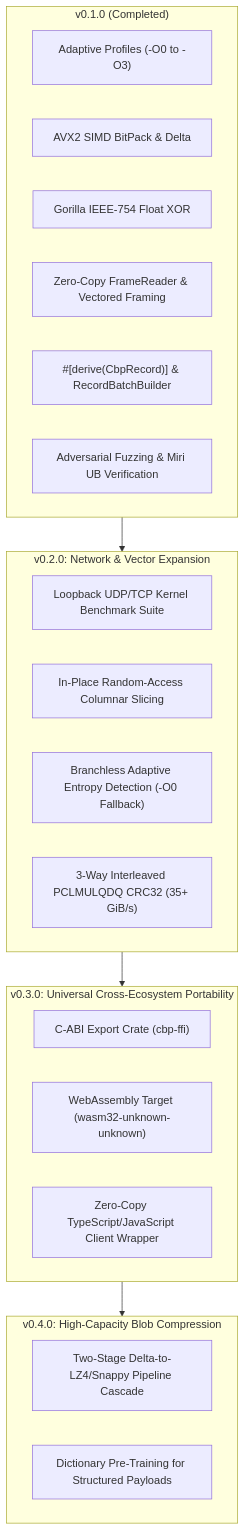
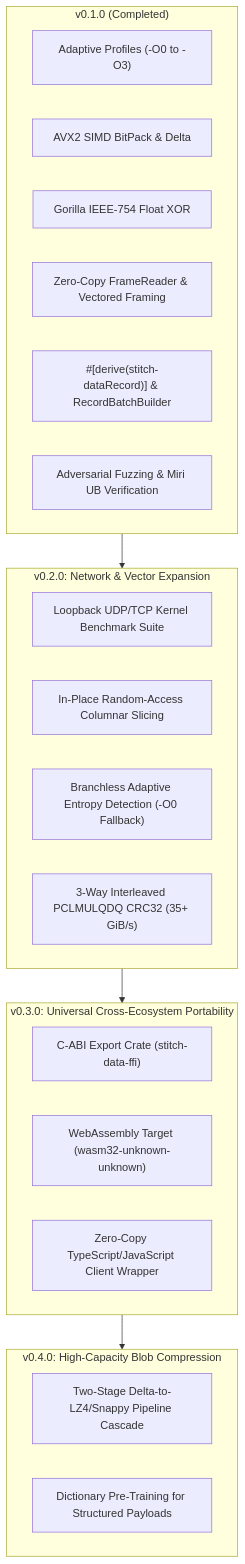
Before and after one commit to stitch-rs/stitch-data: the diagram in ROADMAP.md, drawn with Mermaid. The commit also changed other lines of this file and 74 other files, not shown here.

Commit message:
refactor(data): rebrand cbp to stitch-data and align macro attributes to stitch-rs

````diff
--- a/ROADMAP.md
+++ b/ROADMAP.md
@@ -15,33 +15,33 @@
 ```mermaid
 flowchart TD
     subgraph V1["v0.1.0 (Completed)"]
         M1["Adaptive Profiles (-O0 to -O3)"]
         M2["AVX2 SIMD BitPack & Delta"]
         M3["Gorilla IEEE-754 Float XOR"]
         M4["Zero-Copy FrameReader & Vectored Framing"]
-        M5["#[derive(CbpRecord)] & RecordBatchBuilder"]
+        M5["#[derive(stitch-dataRecord)] & RecordBatchBuilder"]
         M6["Adversarial Fuzzing & Miri UB Verification"]
     end
 
     subgraph V2["v0.2.0: Network & Vector Expansion"]
         T1["Loopback UDP/TCP Kernel Benchmark Suite"]
         T2["In-Place Random-Access Columnar Slicing"]
         T3["Branchless Adaptive Entropy Detection (-O0 Fallback)"]
         T4["3-Way Interleaved PCLMULQDQ CRC32 (35+ GiB/s)"]
     end
 
     subgraph V3["v0.3.0: Universal Cross-Ecosystem Portability"]
-        T5["C-ABI Export Crate (cbp-ffi)"]
+        T5["C-ABI Export Crate (stitch-data-ffi)"]
         T6["WebAssembly Target (wasm32-unknown-unknown)"]
         T7["Zero-Copy TypeScript/JavaScript Client Wrapper"]
     end
 
     subgraph V4["v0.4.0: High-Capacity Blob Compression"]
         T8["Two-Stage Delta-to-LZ4/Snappy Pipeline Cascade"]
         T9["Dictionary Pre-Training for Structured Payloads"]
     end
 
     V1 --> V2
     V2 --> V3
     V3 --> V4
 ```
````
